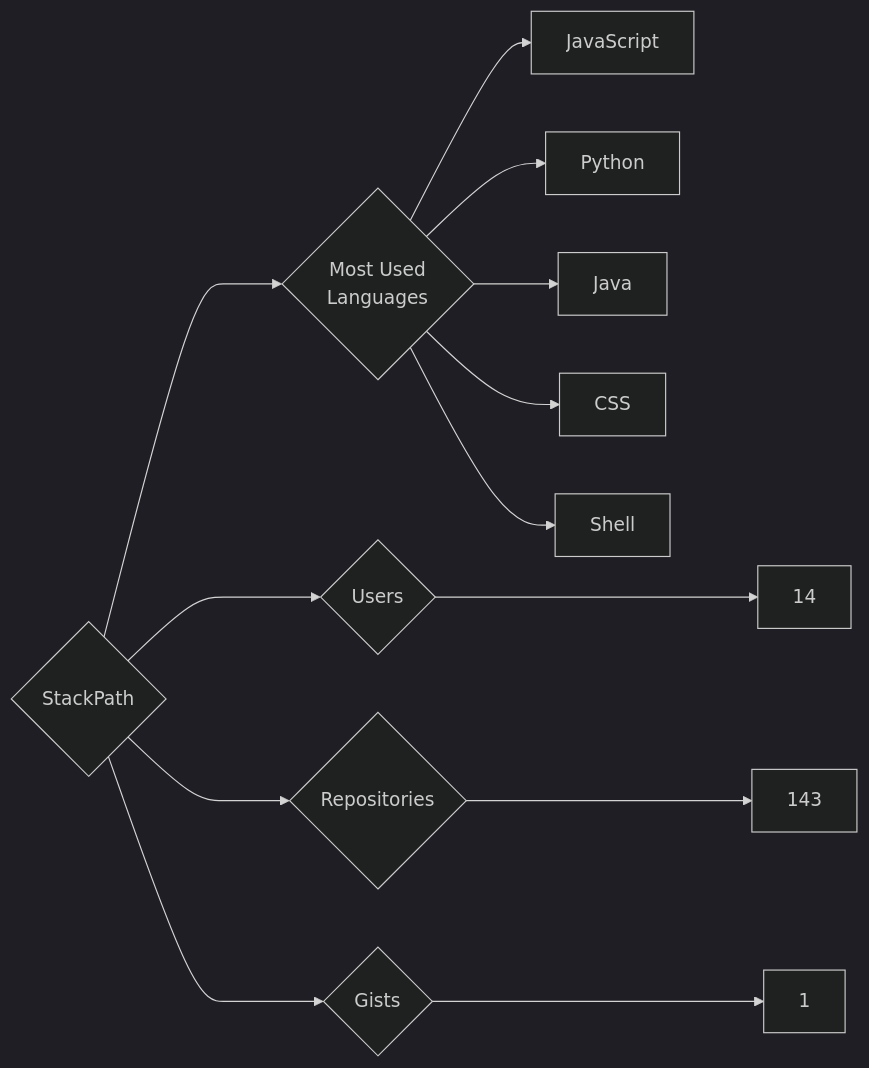
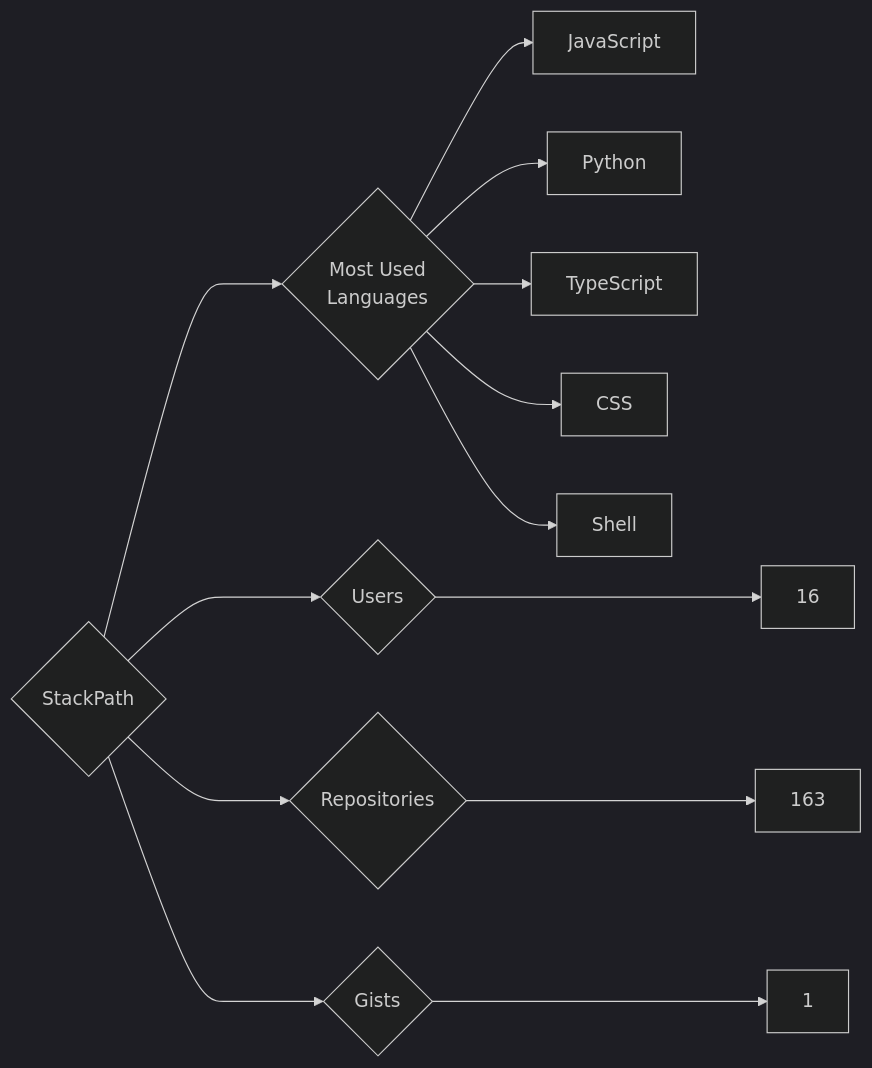
The diagram in targets/StackPath/README.md (trickest/insiders), drawn with Mermaid (dark theme) before and after one commit. The commit also changed 770 other files, not shown here.

````diff
--- a/targets/StackPath/README.md
+++ b/targets/StackPath/README.md
@@ -3,13 +3,13 @@
 ```mermaid
 graph LR
 COMPANY_NAME{StackPath}
-COMPANY_NAME ---> U{Users} ---> UN[14]
-COMPANY_NAME ---> R{Repositories} ---> RN[143]
+COMPANY_NAME ---> U{Users} ---> UN[16]
+COMPANY_NAME ---> R{Repositories} ---> RN[163]
 COMPANY_NAME ---> G{Gists} ---> GN[1]
 COMPANY_NAME ---> ML{Most Used<br>Languages}
 ML --> JavaScript[JavaScript]
 ML --> Python[Python]
-ML --> Java[Java]
+ML --> TypeScript[TypeScript]
 ML --> CSS[CSS]
 ML --> Shell[Shell]
 ```
````
